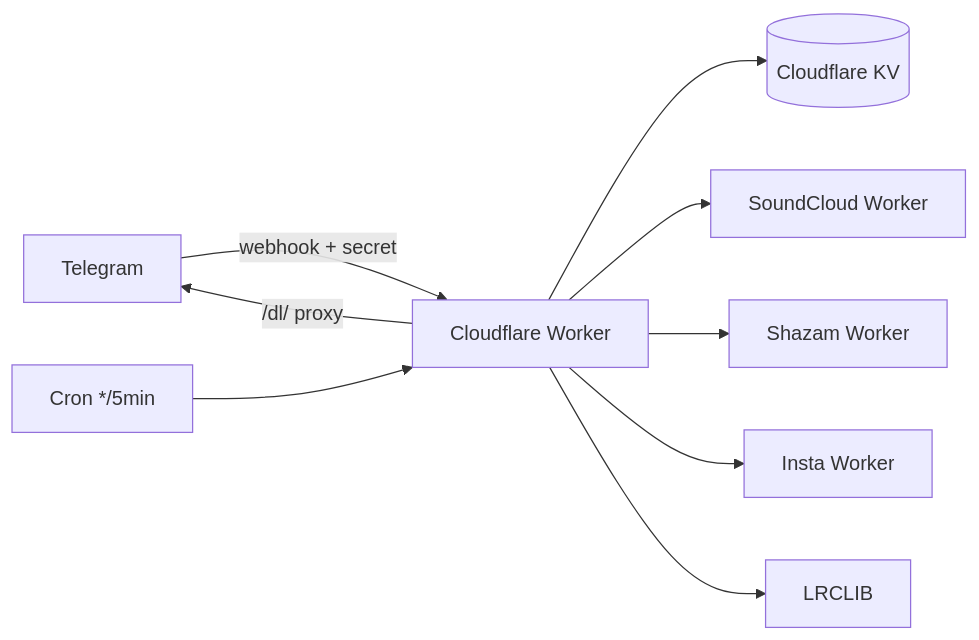
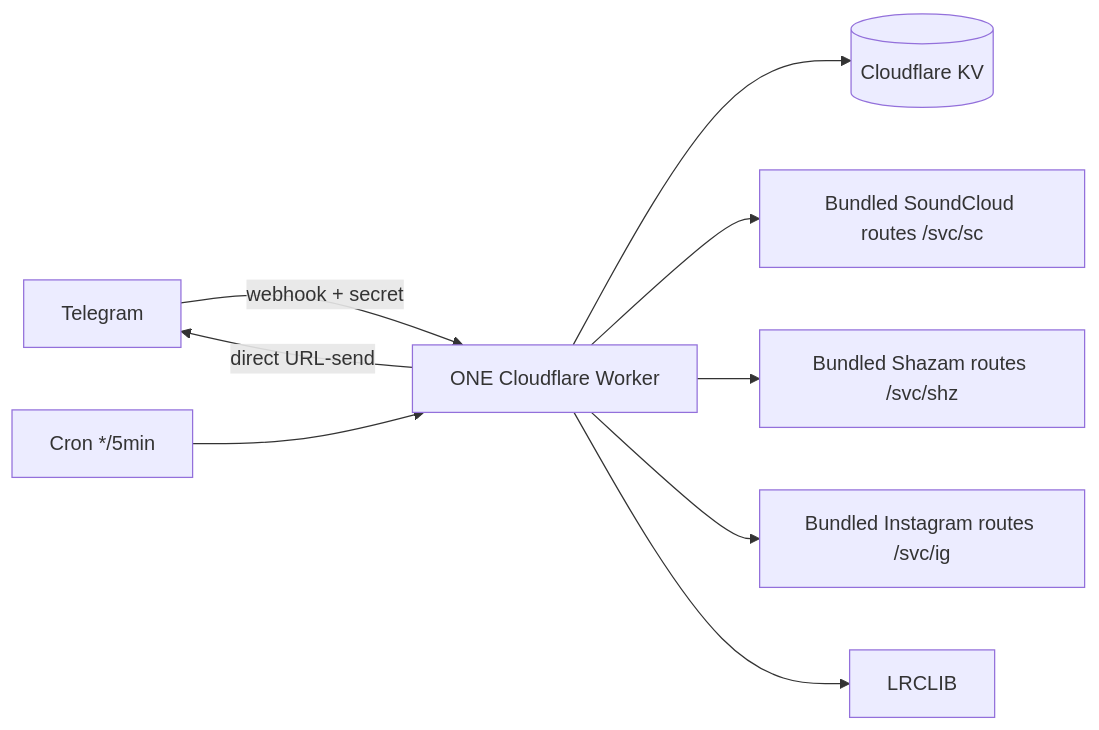
The diagram in README.md (Alimsv-d/Music), drawn with Mermaid before and after one commit. The commit also changed other lines of this file and 17 other files, not shown here.

Commit message:
stack: bundle SoundCloud Shazam Instagram workers into one Music Worker with internal routes and direct URL-send

````diff
--- a/README.md
+++ b/README.md
@@ -28,11 +28,11 @@
 ```mermaid
 flowchart LR
-  TG[Telegram] -- webhook + secret --> W[Cloudflare Worker]
+  TG[Telegram] -- webhook + secret --> W[ONE Cloudflare Worker]
   W --> KV[(Cloudflare KV)]
-  W --> SC[SoundCloud Worker]
-  W --> SHZ[Shazam Worker]
-  W --> IG[Insta Worker]
+  W --> SC[Bundled SoundCloud routes /svc/sc]
+  W --> SHZ[Bundled Shazam routes /svc/shz]
+  W --> IG[Bundled Instagram routes /svc/ig]
   W --> LR[LRCLIB]
-  W -- "/dl/<signed>" proxy --> TG
+  W -- direct URL-send --> TG
   Cron[Cron */5min] --> W
 ```
````
